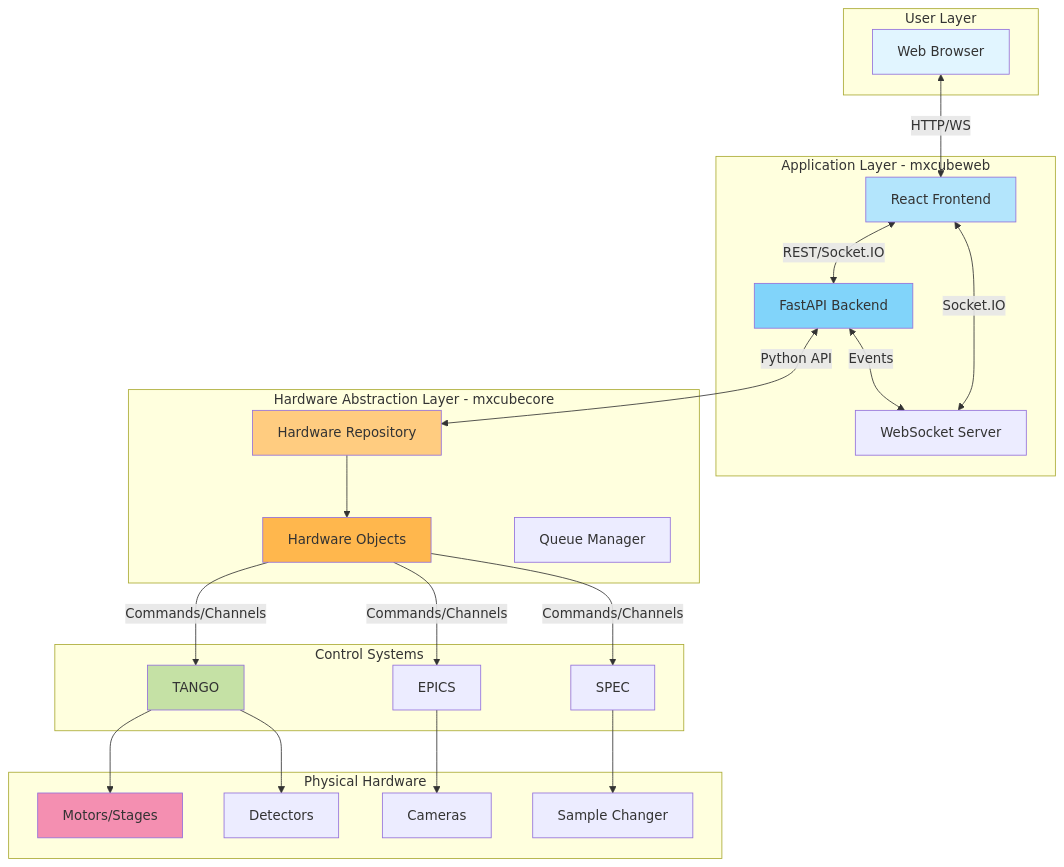
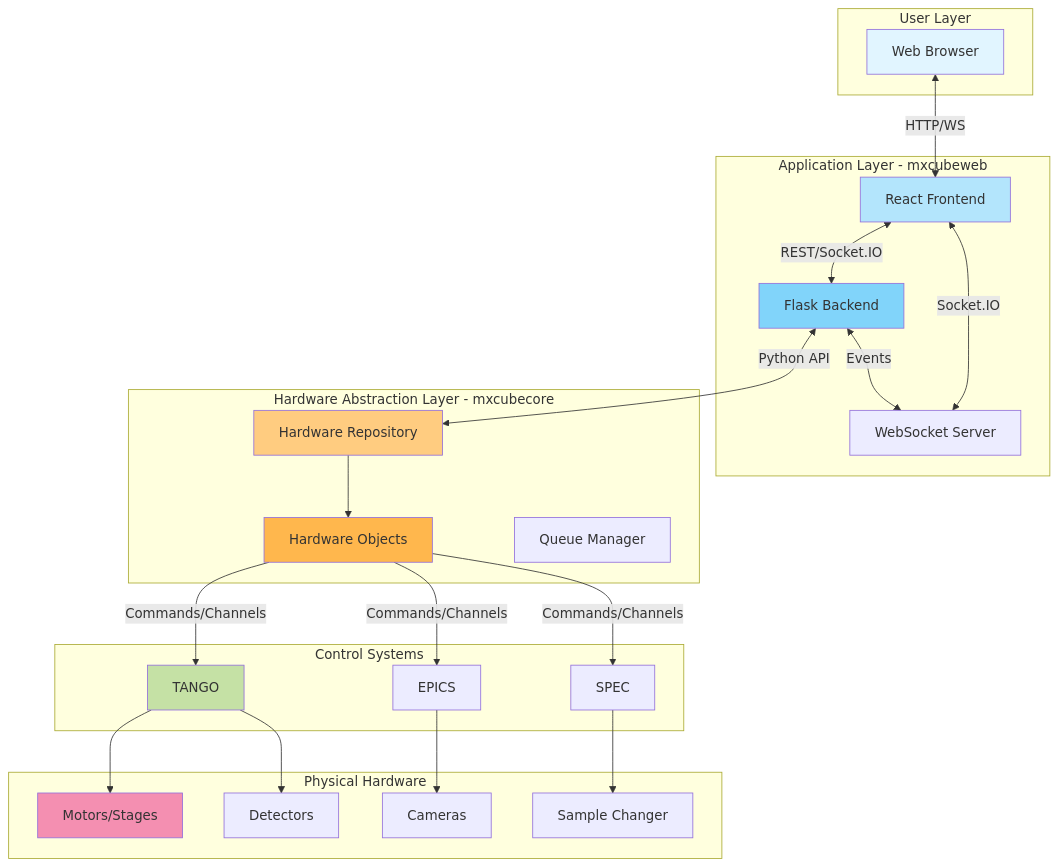
The first of 14 diagrams in docs/source/dev/architecture.md (mxcube/mxcubecore), drawn with Mermaid before and after one commit. The commit also changed other lines of this file, not shown here.

Commit message:
docs: replace FastAPI mentions with Flask in architecture

````diff
--- a/docs/source/dev/architecture.md
+++ b/docs/source/dev/architecture.md
@@ -24,53 +24,53 @@
 ```mermaid
 graph TB
     subgraph "User Layer"
         Browser[Web Browser]
     end
     
     subgraph "Application Layer - mxcubeweb"
         UI[React Frontend]
-        API[FastAPI Backend]
+        API[Flask Backend]
         WS[WebSocket Server]
     end
     
     subgraph "Hardware Abstraction Layer - mxcubecore"
         HWR[Hardware Repository]
         HWO[Hardware Objects]
         QM[Queue Manager]
     end
     
     subgraph "Control Systems"
         TANGO[TANGO]
         EPICS[EPICS]
         SPEC[SPEC]
     end
     
     subgraph "Physical Hardware"
         Motors[Motors/Stages]
         Detectors[Detectors]
         Cameras[Cameras]
         SC[Sample Changer]
     end
     
     Browser <-->|HTTP/WS| UI
     UI <-->|REST/Socket.IO| API
     API <-->|Python API| HWR
     API <-->|Events| WS
     WS <-->|Socket.IO| UI
     HWR --> HWO
     HWO -->|Commands/Channels| TANGO
     HWO -->|Commands/Channels| EPICS
     HWO -->|Commands/Channels| SPEC
     TANGO --> Motors
     TANGO --> Detectors
     EPICS --> Cameras
     SPEC --> SC
 
     style Browser fill:#e1f5ff
     style UI fill:#b3e5fc
     style API fill:#81d4fa
     style HWR fill:#ffcc80
     style HWO fill:#ffb74d
     style TANGO fill:#c5e1a5
     style Motors fill:#f48fb1
 ```
````
